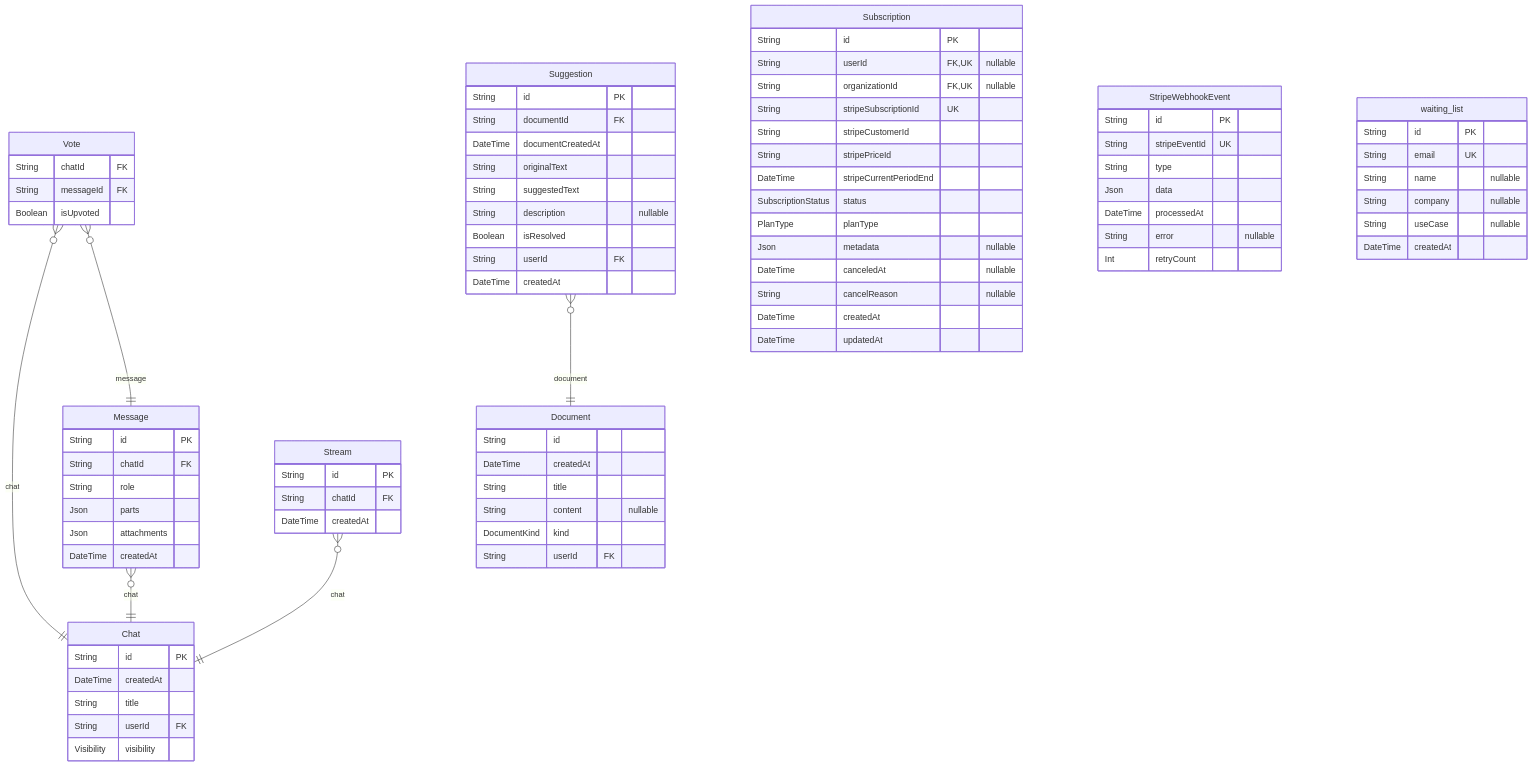
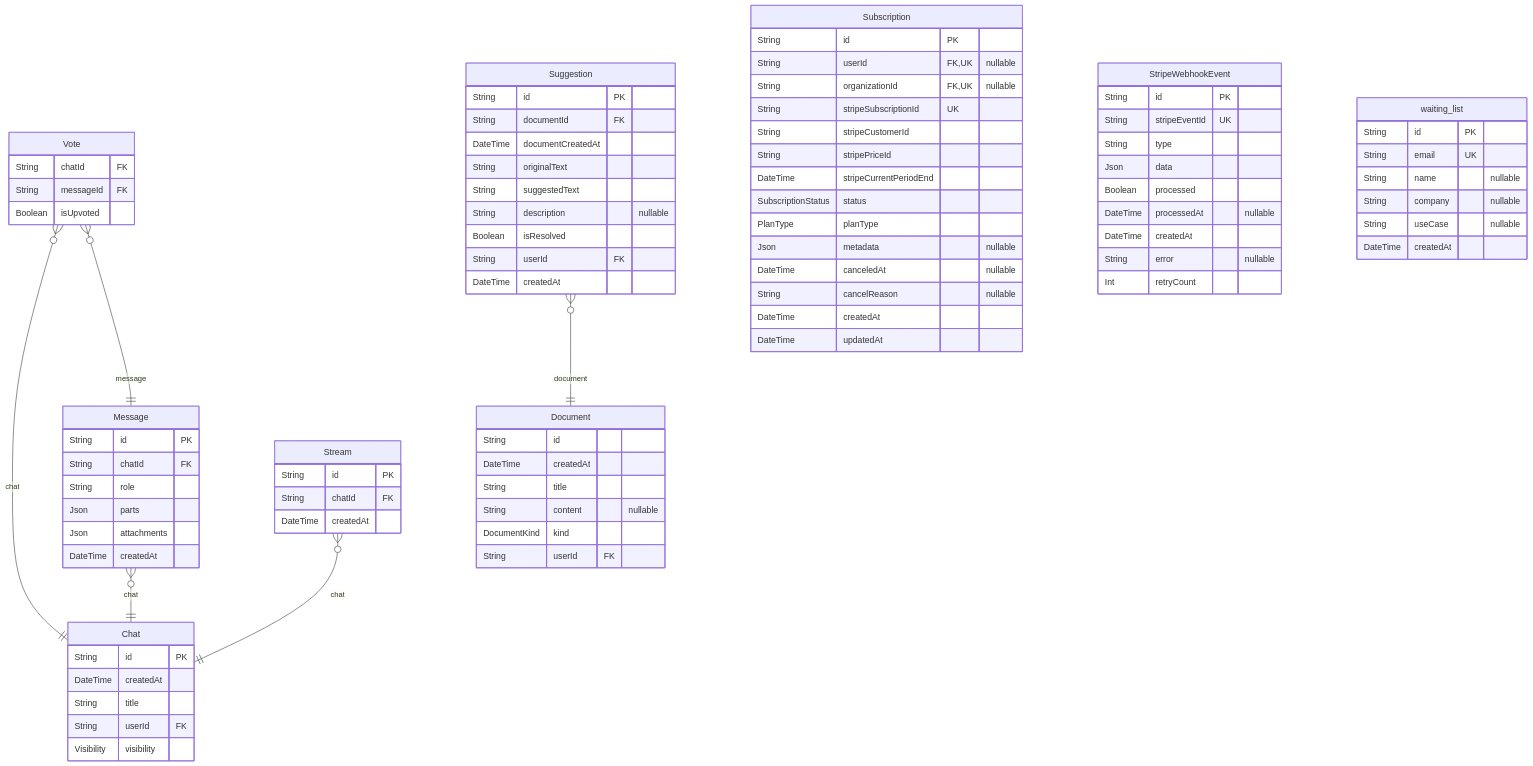
Before and after one commit to rayven122/tumiki: the seventh of 7 diagrams in packages/db/prisma/README.md, drawn with Mermaid. The commit also changed other lines of this file and 5 other files, not shown here.

```diff
--- a/packages/db/prisma/README.md
+++ b/packages/db/prisma/README.md
@@ -940,7 +940,9 @@
   String stripeEventId UK
   String type
   Json data
-  DateTime processedAt
+  Boolean processed
+  DateTime processedAt "nullable"
+  DateTime createdAt
   String error "nullable"
   Int retryCount
 }
```
